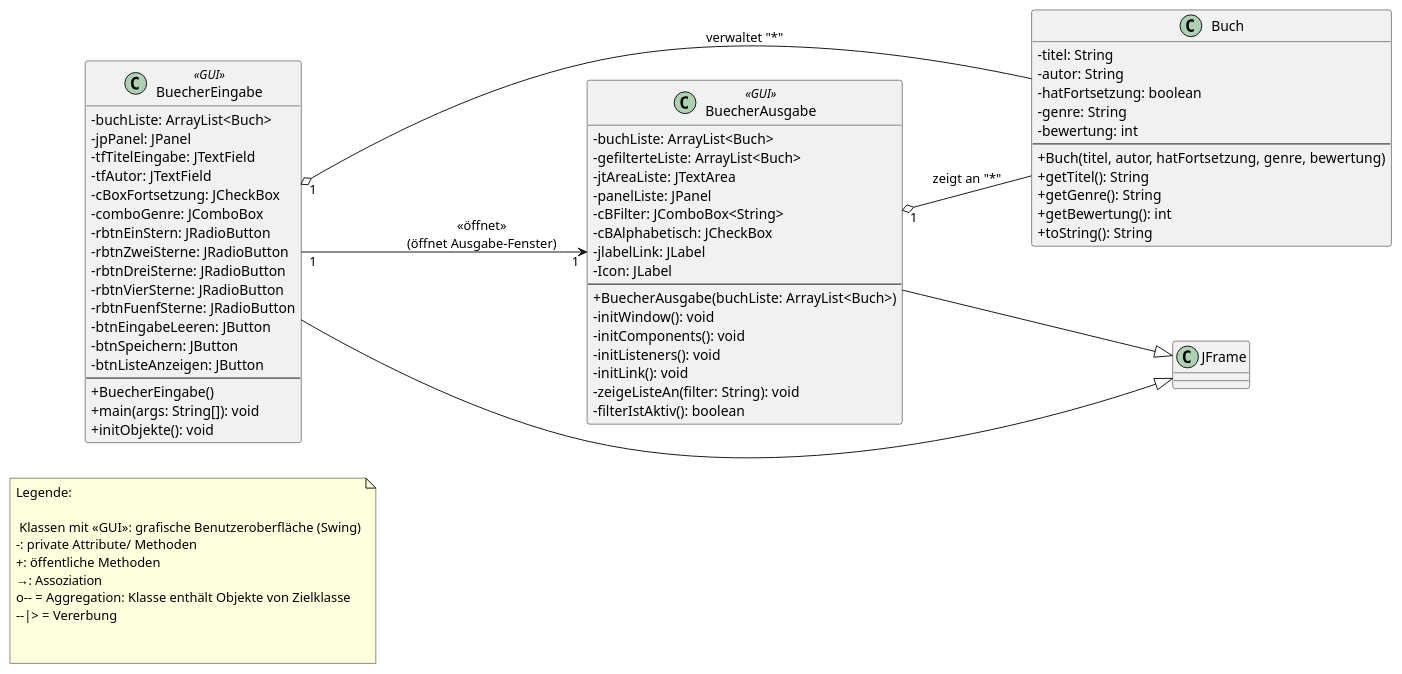
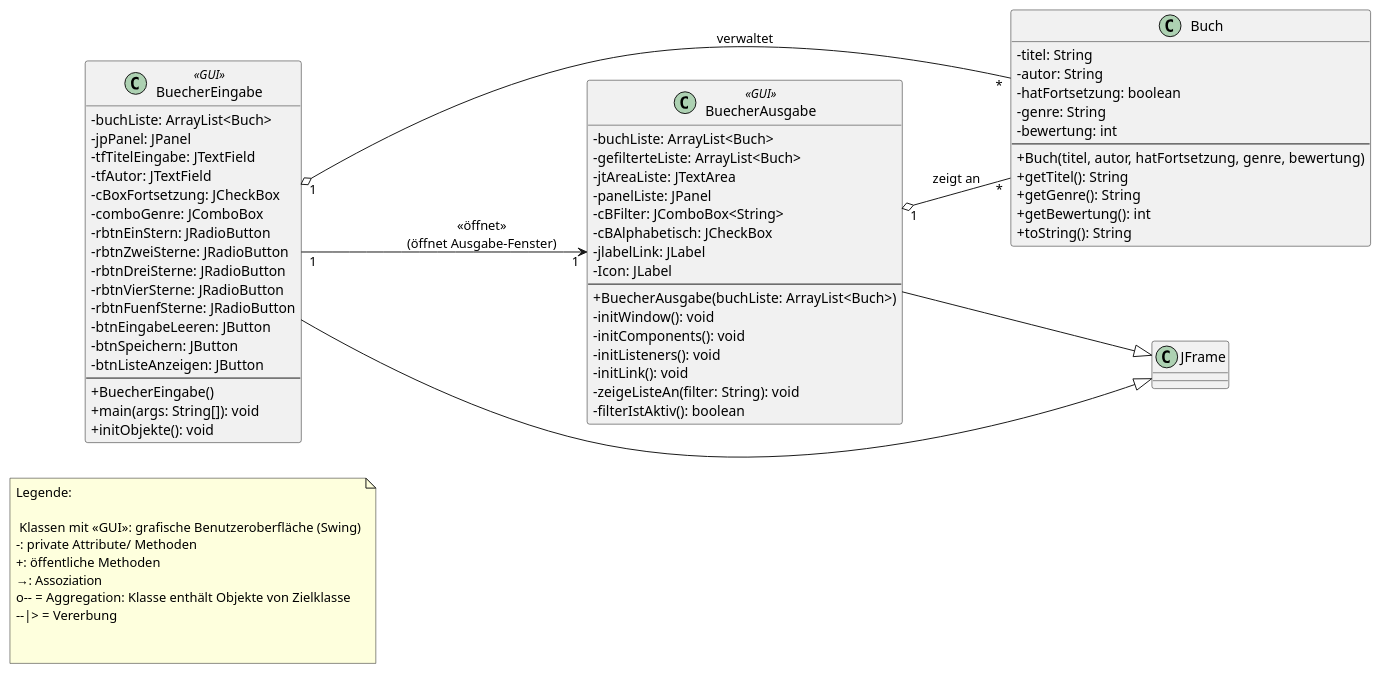
Before and after one commit to anikasophie/Booktopia_AnikaZoe: the diagram in src/main/resources/UMLmitGUI.puml, drawn with PlantUML.

Commit message:
Ausbesserung Kardinalitäten

```diff
--- a/src/main/resources/UMLmitGUI.puml
+++ b/src/main/resources/UMLmitGUI.puml
@@ -1,87 +1,87 @@
 @startuml
 left to right direction
 
 skinparam classAttributeIconSize 0
 
 ' Legende als Notiz
 note as L1
 Legende:
 
  Klassen mit «GUI»: grafische Benutzeroberfläche (Swing)
 -: private Attribute/ Methoden
 +: öffentliche Methoden
 →: Assoziation
 o-- = Aggregation: Klasse enthält Objekte von Zielklasse
 --|> = Vererbung
 
 
 end note
 
 class Buch {
   - titel: String
   - autor: String
   - hatFortsetzung: boolean
   - genre: String
   - bewertung: int
   --
   + Buch(titel, autor, hatFortsetzung, genre, bewertung)
   + getTitel(): String
   + getGenre(): String
   + getBewertung(): int
   + toString(): String
 }
 
 class BuecherEingabe <<GUI>> {
   - buchListe: ArrayList<Buch>
   - jpPanel: JPanel
   - tfTitelEingabe: JTextField
   - tfAutor: JTextField
   - cBoxFortsetzung: JCheckBox
   - comboGenre: JComboBox
   - rbtnEinStern: JRadioButton
   - rbtnZweiSterne: JRadioButton
   - rbtnDreiSterne: JRadioButton
   - rbtnVierSterne: JRadioButton
   - rbtnFuenfSterne: JRadioButton
   - btnEingabeLeeren: JButton
   - btnSpeichern: JButton
   - btnListeAnzeigen: JButton
   --
   + BuecherEingabe()
   + main(args: String[]): void
   + initObjekte(): void
 }
 
 class BuecherAusgabe <<GUI>> {
   - buchListe: ArrayList<Buch>
   - gefilterteListe: ArrayList<Buch>
   - jtAreaListe: JTextArea
   - panelListe: JPanel
   - cBFilter: JComboBox<String>
   - cBAlphabetisch: JCheckBox
   - jlabelLink: JLabel
   - Icon: JLabel
   --
   + BuecherAusgabe(buchListe: ArrayList<Buch>)
   - initWindow(): void
   - initComponents(): void
   - initListeners(): void
   - initLink(): void
   - zeigeListeAn(filter: String): void
   - filterIstAktiv(): boolean
 }
 
 ' Beziehungen
 ' Aggregationen (leerer Diamant)
-BuecherEingabe "1" o--Buch: verwaltet "*"
-BuecherAusgabe "1" o-- Buch: zeigt an "*"
+BuecherEingabe "1" o-- "*" Buch: verwaltet
+BuecherAusgabe "1" o-- "*" Buch: zeigt an
 
 ' Vererbung von JFrame
 class JFrame
 BuecherEingabe --|> JFrame
 BuecherAusgabe --|> JFrame
 BuecherEingabe "1" --> "1" BuecherAusgabe : «öffnet»\n(öffnet Ausgabe-Fenster)
 
 
 
 @enduml
```
